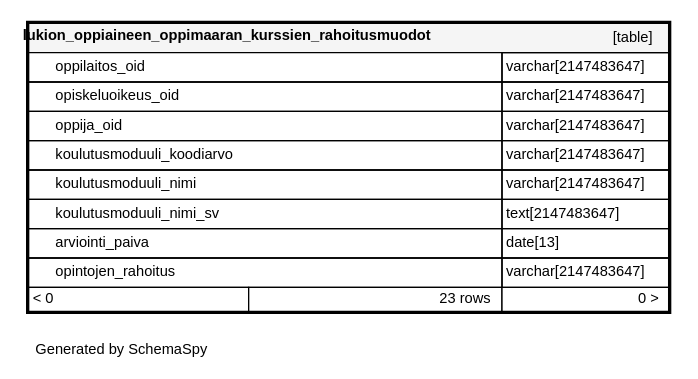
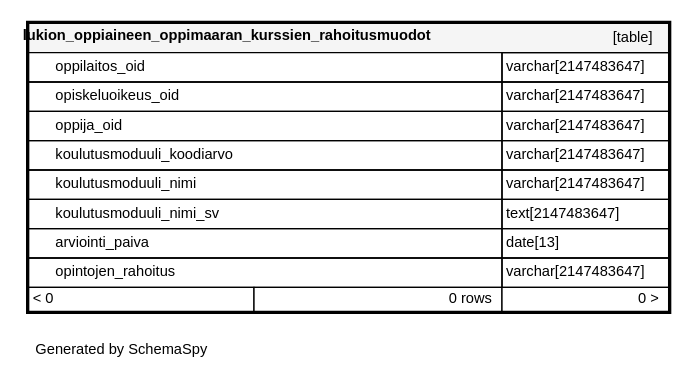
One commit to Opetushallitus/koski changed the diagram in documentation/tietokantaskeemat/koski-raportointikanta/diagrams/tables/lukion_oppiaineen_oppimaaran_ku_6b9ab367.1degree.dot. Above: the diagram before and after it, drawn with Graphviz. The commit also changed 169 other files, not shown here.

```diff
--- a/documentation/tietokantaskeemat/koski-raportointikanta/diagrams/tables/lukion_oppiaineen_oppimaaran_ku_6b9ab367.1degree.dot
+++ b/documentation/tietokantaskeemat/koski-raportointikanta/diagrams/tables/lukion_oppiaineen_oppimaaran_ku_6b9ab367.1degree.dot
@@ -1,21 +1,21 @@
 digraph "oneDegreeRelationshipsDiagram" {
   graph [    rankdir="RL"    bgcolor="#ffffff"    label="\nGenerated by SchemaSpy"    labeljust="l"    nodesep="0.18"    ranksep="0.46"    fontname="Helvetica"    fontsize="11"    ration="compress"  ];  node [    fontname="Helvetica"    fontsize="11"    shape="plaintext"  ];  edge [    arrowsize="0.8"  ];
   "lukion_oppiaineen_oppimaaran_kurssien_rahoitusmuodot" [
    label=<
     <TABLE BORDER="2" CELLBORDER="1" CELLSPACING="0" BGCOLOR="#ffffff">
       <TR><TD COLSPAN="4"  BGCOLOR="#f5f5f5"><TABLE BORDER="0" CELLSPACING="0"><TR><TD ALIGN="LEFT" FIXEDSIZE="TRUE" WIDTH="334" HEIGHT="16"><B>lukion_oppiaineen_oppimaaran_kurssien_rahoitusmuodot</B></TD><TD ALIGN="RIGHT">[table]</TD></TR></TABLE></TD></TR>
       <TR><TD PORT="oppilaitos_oid" COLSPAN="2" BGCOLOR="#ffffff" ALIGN="LEFT"><TABLE BORDER="0" CELLSPACING="0" ALIGN="LEFT"><TR ALIGN="LEFT"><TD ALIGN="LEFT" FIXEDSIZE="TRUE" WIDTH="15" HEIGHT="16"></TD><TD ALIGN="LEFT" FIXEDSIZE="TRUE" WIDTH="334" HEIGHT="16">oppilaitos_oid</TD></TR></TABLE></TD><TD PORT="oppilaitos_oid.type" ALIGN="LEFT">varchar[2147483647]</TD></TR>
       <TR><TD PORT="opiskeluoikeus_oid" COLSPAN="2" ALIGN="LEFT"><TABLE BORDER="0" CELLSPACING="0" ALIGN="LEFT"><TR ALIGN="LEFT"><TD ALIGN="LEFT" FIXEDSIZE="TRUE" WIDTH="15" HEIGHT="16"></TD><TD ALIGN="LEFT" FIXEDSIZE="TRUE" WIDTH="334" HEIGHT="16">opiskeluoikeus_oid</TD></TR></TABLE></TD><TD PORT="opiskeluoikeus_oid.type" ALIGN="LEFT">varchar[2147483647]</TD></TR>
       <TR><TD PORT="oppija_oid" COLSPAN="2" ALIGN="LEFT"><TABLE BORDER="0" CELLSPACING="0" ALIGN="LEFT"><TR ALIGN="LEFT"><TD ALIGN="LEFT" FIXEDSIZE="TRUE" WIDTH="15" HEIGHT="16"></TD><TD ALIGN="LEFT" FIXEDSIZE="TRUE" WIDTH="334" HEIGHT="16">oppija_oid</TD></TR></TABLE></TD><TD PORT="oppija_oid.type" ALIGN="LEFT">varchar[2147483647]</TD></TR>
       <TR><TD PORT="koulutusmoduuli_koodiarvo" COLSPAN="2" ALIGN="LEFT"><TABLE BORDER="0" CELLSPACING="0" ALIGN="LEFT"><TR ALIGN="LEFT"><TD ALIGN="LEFT" FIXEDSIZE="TRUE" WIDTH="15" HEIGHT="16"></TD><TD ALIGN="LEFT" FIXEDSIZE="TRUE" WIDTH="334" HEIGHT="16">koulutusmoduuli_koodiarvo</TD></TR></TABLE></TD><TD PORT="koulutusmoduuli_koodiarvo.type" ALIGN="LEFT">varchar[2147483647]</TD></TR>
       <TR><TD PORT="koulutusmoduuli_nimi" COLSPAN="2" ALIGN="LEFT"><TABLE BORDER="0" CELLSPACING="0" ALIGN="LEFT"><TR ALIGN="LEFT"><TD ALIGN="LEFT" FIXEDSIZE="TRUE" WIDTH="15" HEIGHT="16"></TD><TD ALIGN="LEFT" FIXEDSIZE="TRUE" WIDTH="334" HEIGHT="16">koulutusmoduuli_nimi</TD></TR></TABLE></TD><TD PORT="koulutusmoduuli_nimi.type" ALIGN="LEFT">varchar[2147483647]</TD></TR>
       <TR><TD PORT="koulutusmoduuli_nimi_sv" COLSPAN="2" ALIGN="LEFT"><TABLE BORDER="0" CELLSPACING="0" ALIGN="LEFT"><TR ALIGN="LEFT"><TD ALIGN="LEFT" FIXEDSIZE="TRUE" WIDTH="15" HEIGHT="16"></TD><TD ALIGN="LEFT" FIXEDSIZE="TRUE" WIDTH="334" HEIGHT="16">koulutusmoduuli_nimi_sv</TD></TR></TABLE></TD><TD PORT="koulutusmoduuli_nimi_sv.type" ALIGN="LEFT">text[2147483647]</TD></TR>
       <TR><TD PORT="arviointi_paiva" COLSPAN="2" ALIGN="LEFT"><TABLE BORDER="0" CELLSPACING="0" ALIGN="LEFT"><TR ALIGN="LEFT"><TD ALIGN="LEFT" FIXEDSIZE="TRUE" WIDTH="15" HEIGHT="16"></TD><TD ALIGN="LEFT" FIXEDSIZE="TRUE" WIDTH="334" HEIGHT="16">arviointi_paiva</TD></TR></TABLE></TD><TD PORT="arviointi_paiva.type" ALIGN="LEFT">date[13]</TD></TR>
       <TR><TD PORT="opintojen_rahoitus" COLSPAN="2" ALIGN="LEFT"><TABLE BORDER="0" CELLSPACING="0" ALIGN="LEFT"><TR ALIGN="LEFT"><TD ALIGN="LEFT" FIXEDSIZE="TRUE" WIDTH="15" HEIGHT="16"></TD><TD ALIGN="LEFT" FIXEDSIZE="TRUE" WIDTH="334" HEIGHT="16">opintojen_rahoitus</TD></TR></TABLE></TD><TD PORT="opintojen_rahoitus.type" ALIGN="LEFT">varchar[2147483647]</TD></TR>
-      <TR><TD ALIGN="LEFT" BGCOLOR="#ffffff">&lt; 0</TD><TD ALIGN="RIGHT" BGCOLOR="#ffffff">23 rows</TD><TD ALIGN="RIGHT" BGCOLOR="#ffffff">0 &gt;</TD></TR>
+      <TR><TD ALIGN="LEFT" BGCOLOR="#ffffff">&lt; 0</TD><TD ALIGN="RIGHT" BGCOLOR="#ffffff">0 rows</TD><TD ALIGN="RIGHT" BGCOLOR="#ffffff">0 &gt;</TD></TR>
     </TABLE>>
     URL="../../tables/lukion_oppiaineen_oppimaaran_ku_6b9ab367.html"
     target="_top"
     tooltip="lukion_oppiaineen_oppimaaran_kurssien_rahoitusmuodot"
   ];
 }
```
